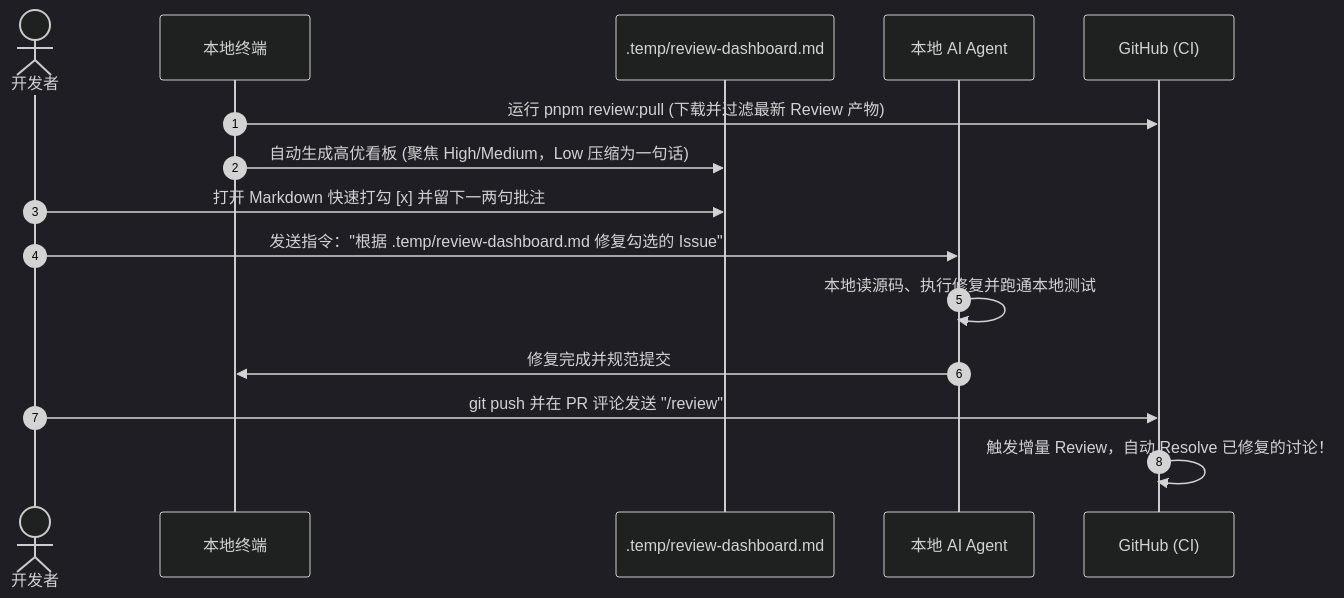
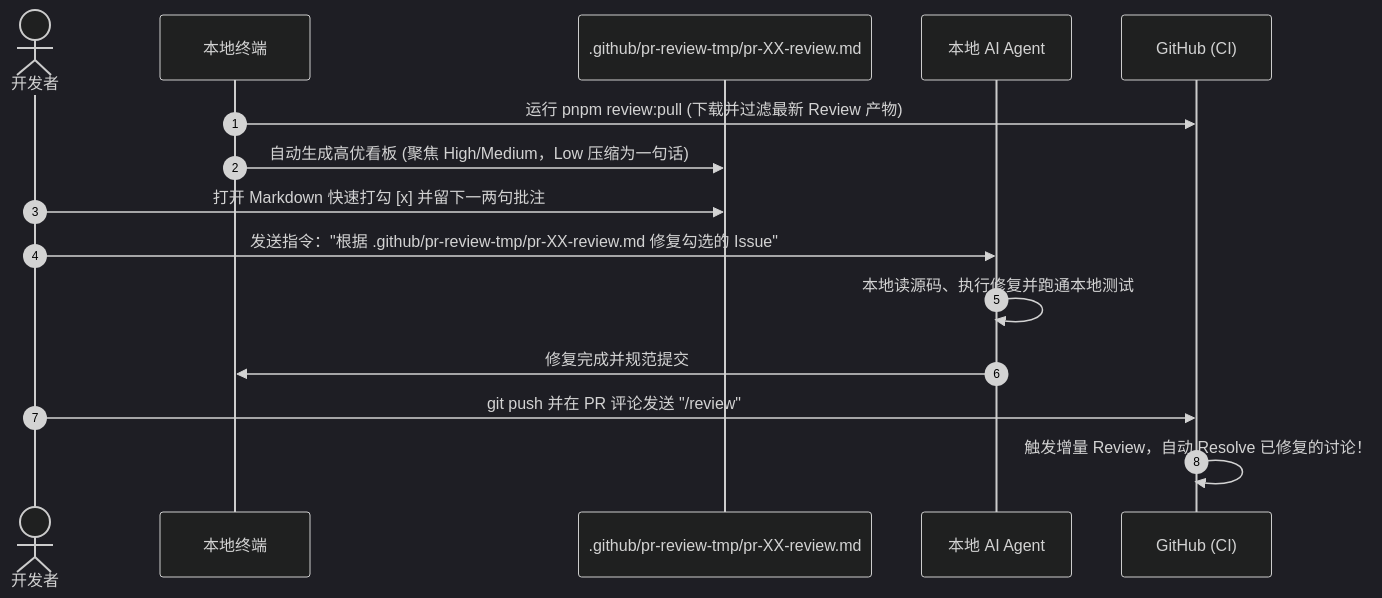
Before and after one commit to BanShan-Alec/electron-react-monorepo-template: the second of 2 diagrams in docs/code-review.md, drawn with Mermaid (dark theme). The commit also changed other lines of this file and 2 other files, not shown here.

Commit message:
chore(review): 将临时看板目录收拢至 .github/pr-review-tmp

````diff
--- a/docs/code-review.md
+++ b/docs/code-review.md
@@ -57,18 +57,18 @@
 ```mermaid
 sequenceDiagram
     autonumber
     actor Dev as 开发者
     participant Local as 本地终端
-    participant File as .temp/review-dashboard.md
+    participant File as .github/pr-review-tmp/pr-XX-review.md
     participant Agent as 本地 AI Agent
     participant GH as GitHub (CI)
 
     Local->>GH: 运行 pnpm review:pull (下载并过滤最新 Review 产物)
     Local->>File: 自动生成高优看板 (聚焦 High/Medium，Low 压缩为一句话)
     Dev->>File: 打开 Markdown 快速打勾 [x] 并留下一两句批注
-    Dev->>Agent: 发送指令："根据 .temp/review-dashboard.md 修复勾选的 Issue"
+    Dev->>Agent: 发送指令："根据 .github/pr-review-tmp/pr-XX-review.md 修复勾选的 Issue"
     Agent->>Agent: 本地读源码、执行修复并跑通本地测试
     Agent->>Local: 修复完成并规范提交
     Dev->>GH: git push 并在 PR 评论发送 "/review"
     GH->>GH: 触发增量 Review，自动 Resolve 已修复的讨论！
 ```
````
